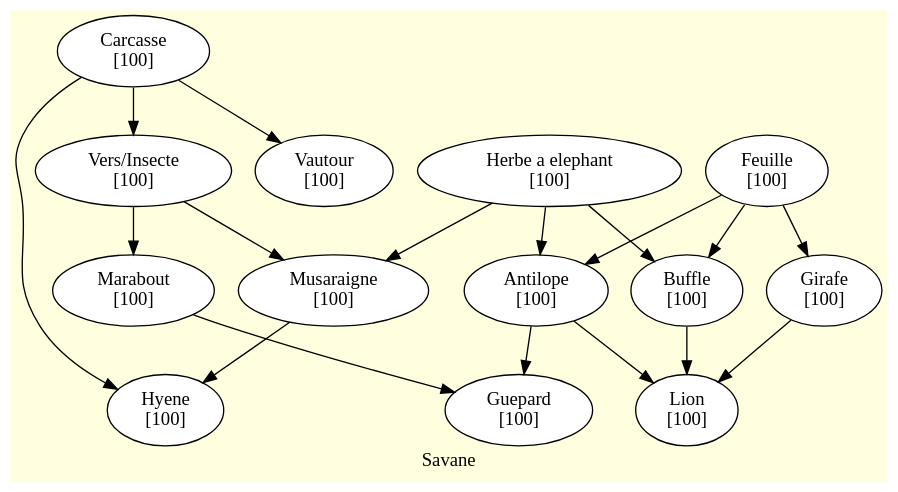
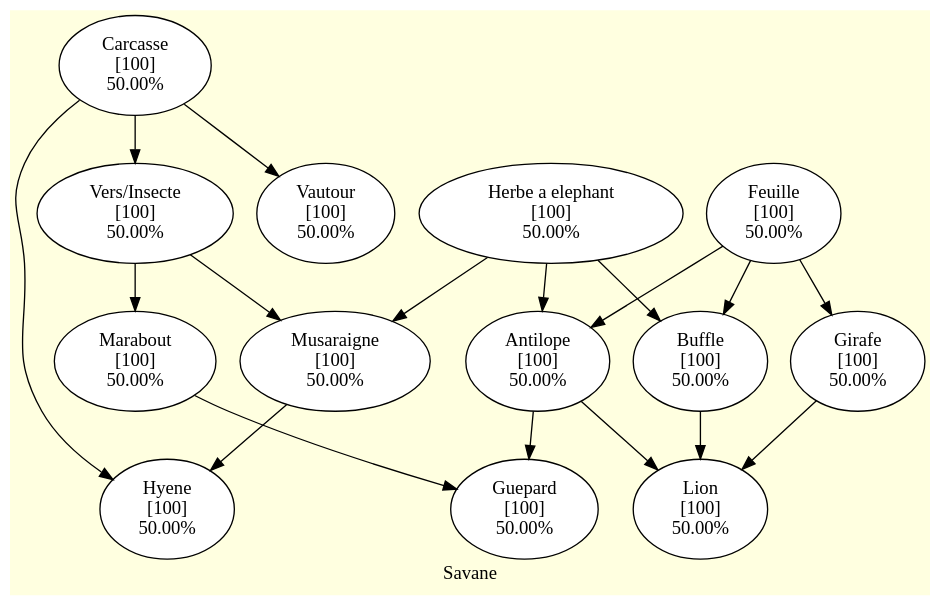
The diagram in GrapheDOT/savane.dot (GTHBgaby/4H-ReseauxTrophiques), drawn with Graphviz before and after one commit. The commit also changed 3 other files, not shown here.

```diff
--- a/GrapheDOT/savane.dot
+++ b/GrapheDOT/savane.dot
@@ -1,65 +1,65 @@
 digraph multigraphe {
     rankdir=TB; // du haut vers le bas
     compound=true;
     newrank=true;
 
     label = "Savane";
     bgcolor = "lightyellow";
     node [shape=ellipse, style=filled, fillcolor=white];
 
-    "Musaraigne" [label="Musaraigne\n[100]"]
-    "Herbe a elephant" [label="Herbe a elephant\n[100]"]
-    "Antilope" [label="Antilope\n[100]"]
-    "Buffle" [label="Buffle\n[100]"]
-    "Feuille" [label="Feuille\n[100]"]
-    "Girafe" [label="Girafe\n[100]"]
-    "Vers/Insecte" [label="Vers/Insecte\n[100]"]
-    "Carcasse" [label="Carcasse\n[100]"]
-    "Hyene" [label="Hyene\n[100]"]
-    "Vautour" [label="Vautour\n[100]"]
-    "Marabout" [label="Marabout\n[100]"]
-    "Guepard" [label="Guepard\n[100]"]
-    "Lion" [label="Lion\n[100]"]
+    "Musaraigne" [label="Musaraigne\n[100]\n50.00%"]
+    "Herbe a elephant" [label="Herbe a elephant\n[100]\n50.00%"]
+    "Antilope" [label="Antilope\n[100]\n50.00%"]
+    "Buffle" [label="Buffle\n[100]\n50.00%"]
+    "Feuille" [label="Feuille\n[100]\n50.00%"]
+    "Girafe" [label="Girafe\n[100]\n50.00%"]
+    "Vers/Insecte" [label="Vers/Insecte\n[100]\n50.00%"]
+    "Carcasse" [label="Carcasse\n[100]\n50.00%"]
+    "Hyene" [label="Hyene\n[100]\n50.00%"]
+    "Vautour" [label="Vautour\n[100]\n50.00%"]
+    "Marabout" [label="Marabout\n[100]\n50.00%"]
+    "Guepard" [label="Guepard\n[100]\n50.00%"]
+    "Lion" [label="Lion\n[100]\n50.00%"]
 
     // Relations
     "Herbe a elephant"->"Musaraigne"
     "Herbe a elephant"->"Antilope"
     "Herbe a elephant"->"Buffle"
 
     "Feuille"->"Antilope"
     "Feuille"->"Buffle"
     "Feuille"->"Girafe"
 
     "Carcasse"->"Vers/Insecte"
     "Carcasse"->"Hyene"
     "Carcasse" ->"Vautour"
 
     "Vers/Insecte" ->"Marabout"
     "Vers/Insecte"->"Musaraigne"
 
     "Marabout" ->"Guepard"
 
     "Musaraigne"->"Hyene"
 
     "Antilope"->"Guepard"
     "Antilope" ->"Lion"
 
     "Buffle" ->"Lion"
 
     "Girafe" ->"Lion"
 
    // Force la disposition
     {rank=same; "Herbe a elephant"}
     {rank=same; Feuille}
     {rank=same; Carcasse}
     {rank=same; "Vers/Insecte"}
     {rank=same; Marabout}
     {rank=same; Musaraigne}
     {rank=same; Antilope}
     {rank=same; Buffle}
     {rank=same; Girafe}
     {rank=same; Hyene}
     {rank=same; Guepard}
     {rank=same; Lion}
     {rank=same; Vautour}
 }
```
